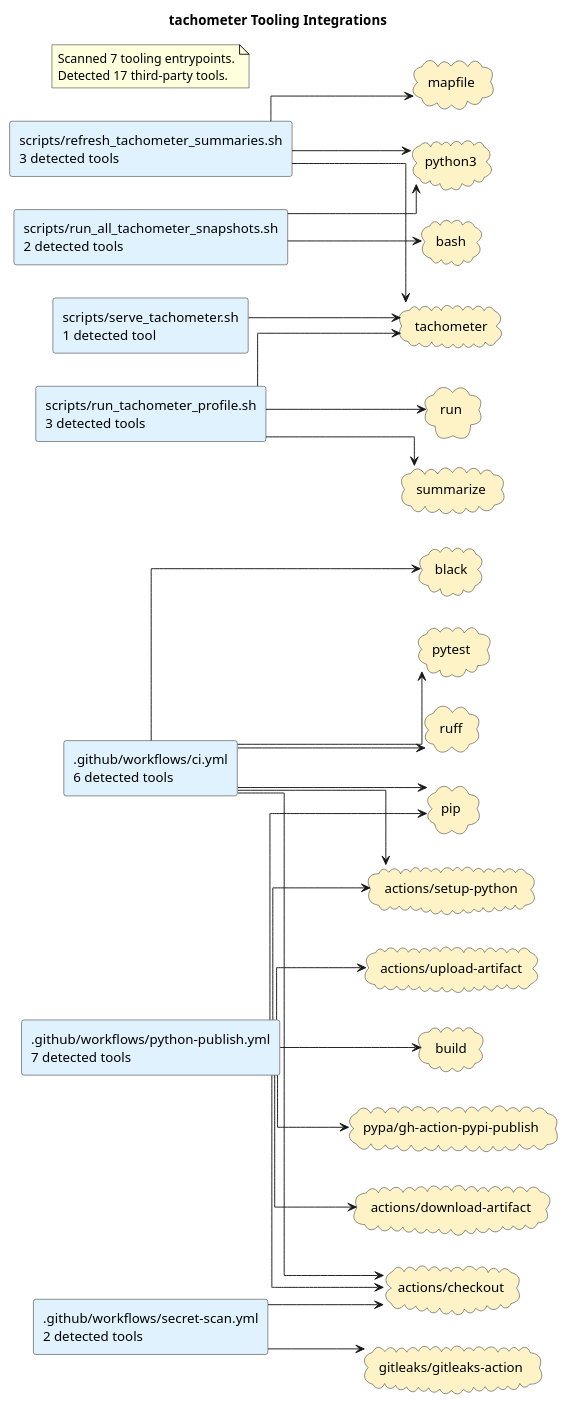
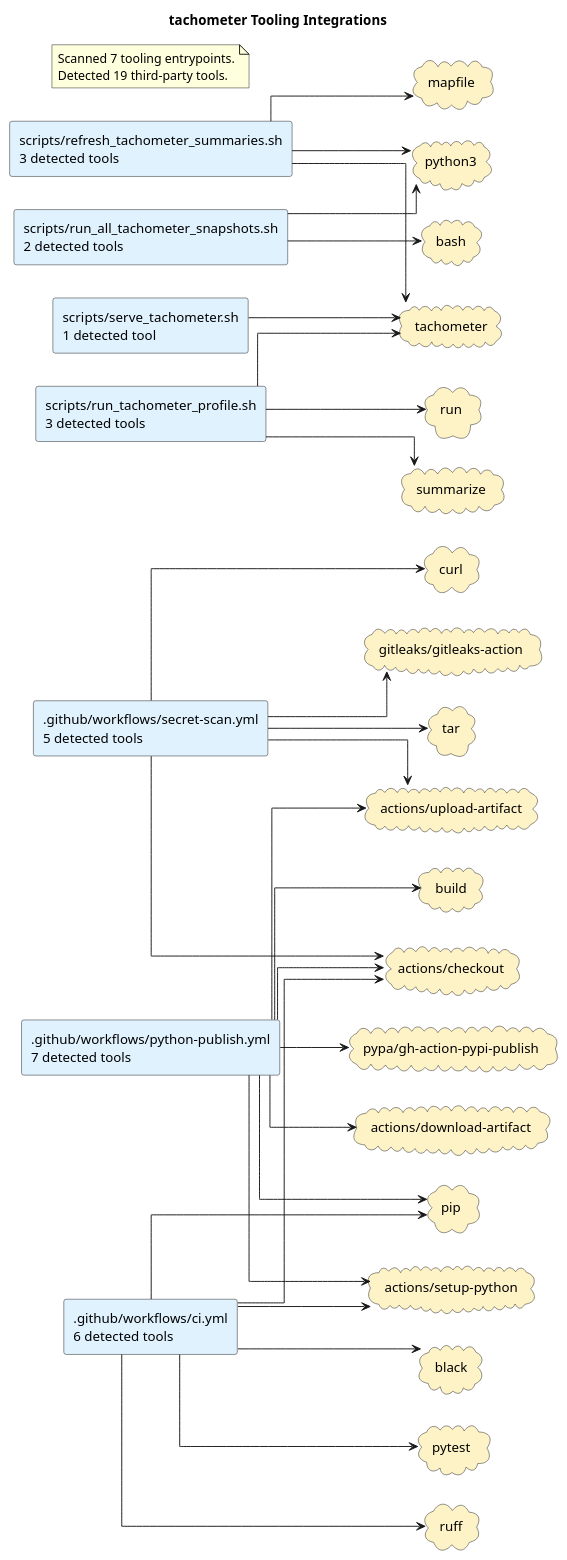
The diagram in docs/diagrams/tooling-integrations.puml (casonk/tachometer), drawn with PlantUML before and after one commit. The commit also changed 2 other files, not shown here.

Commit message:
docs(diagrams): regenerate archility architecture diagrams

```diff
--- a/docs/diagrams/tooling-integrations.puml
+++ b/docs/diagrams/tooling-integrations.puml
@@ -1,60 +1,65 @@
 @startuml
 title tachometer Tooling Integrations
 left to right direction
 skinparam shadowing false
 skinparam defaultFontName Monospace
 skinparam componentStyle rectangle
 skinparam linetype ortho
 rectangle ".github/workflows/ci.yml\n6 detected tools" as source_github_workflows_ci_yml #E0F2FE
 rectangle ".github/workflows/python-publish.yml\n7 detected tools" as source_github_workflows_python_publish_yml #E0F2FE
-rectangle ".github/workflows/secret-scan.yml\n2 detected tools" as source_github_workflows_secret_scan_yml #E0F2FE
+rectangle ".github/workflows/secret-scan.yml\n5 detected tools" as source_github_workflows_secret_scan_yml #E0F2FE
 rectangle "scripts/refresh_tachometer_summaries.sh\n3 detected tools" as source_scripts_refresh_tachometer_summaries_sh #E0F2FE
 rectangle "scripts/run_all_tachometer_snapshots.sh\n2 detected tools" as source_scripts_run_all_tachometer_snapshots_sh #E0F2FE
 rectangle "scripts/run_tachometer_profile.sh\n3 detected tools" as source_scripts_run_tachometer_profile_sh #E0F2FE
 rectangle "scripts/serve_tachometer.sh\n1 detected tool" as source_scripts_serve_tachometer_sh #E0F2FE
 cloud "actions/checkout" as tool_actions_checkout #FEF3C7
 cloud "actions/download-artifact" as tool_actions_download_artifact #FEF3C7
 cloud "actions/setup-python" as tool_actions_setup_python #FEF3C7
 cloud "actions/upload-artifact" as tool_actions_upload_artifact #FEF3C7
 cloud "bash" as tool_bash #FEF3C7
 cloud "black" as tool_black #FEF3C7
 cloud "build" as tool_build #FEF3C7
+cloud "curl" as tool_curl #FEF3C7
 cloud "gitleaks/gitleaks-action" as tool_gitleaks_gitleaks_action #FEF3C7
 cloud "mapfile" as tool_mapfile #FEF3C7
 cloud "pip" as tool_pip #FEF3C7
 cloud "pypa/gh-action-pypi-publish" as tool_pypa_gh_action_pypi_publish #FEF3C7
 cloud "pytest" as tool_pytest #FEF3C7
 cloud "python3" as tool_python3 #FEF3C7
 cloud "ruff" as tool_ruff #FEF3C7
 cloud "run" as tool_run #FEF3C7
 cloud "summarize" as tool_summarize #FEF3C7
 cloud "tachometer" as tool_tachometer #FEF3C7
+cloud "tar" as tool_tar #FEF3C7
 source_github_workflows_ci_yml --> tool_actions_checkout
 source_github_workflows_ci_yml --> tool_actions_setup_python
 source_github_workflows_ci_yml --> tool_black
 source_github_workflows_ci_yml --> tool_pip
 source_github_workflows_ci_yml --> tool_pytest
 source_github_workflows_ci_yml --> tool_ruff
 source_github_workflows_python_publish_yml --> tool_actions_checkout
 source_github_workflows_python_publish_yml --> tool_actions_download_artifact
 source_github_workflows_python_publish_yml --> tool_actions_setup_python
 source_github_workflows_python_publish_yml --> tool_actions_upload_artifact
 source_github_workflows_python_publish_yml --> tool_build
 source_github_workflows_python_publish_yml --> tool_pip
 source_github_workflows_python_publish_yml --> tool_pypa_gh_action_pypi_publish
 source_github_workflows_secret_scan_yml --> tool_actions_checkout
+source_github_workflows_secret_scan_yml --> tool_actions_upload_artifact
+source_github_workflows_secret_scan_yml --> tool_curl
 source_github_workflows_secret_scan_yml --> tool_gitleaks_gitleaks_action
+source_github_workflows_secret_scan_yml --> tool_tar
 source_scripts_refresh_tachometer_summaries_sh --> tool_mapfile
 source_scripts_refresh_tachometer_summaries_sh --> tool_python3
 source_scripts_refresh_tachometer_summaries_sh --> tool_tachometer
 source_scripts_run_all_tachometer_snapshots_sh --> tool_bash
 source_scripts_run_all_tachometer_snapshots_sh --> tool_python3
 source_scripts_run_tachometer_profile_sh --> tool_run
 source_scripts_run_tachometer_profile_sh --> tool_summarize
 source_scripts_run_tachometer_profile_sh --> tool_tachometer
 source_scripts_serve_tachometer_sh --> tool_tachometer
 note as toolingGraphSummary
 Scanned 7 tooling entrypoints.
-Detected 17 third-party tools.
+Detected 19 third-party tools.
 end note
 @enduml
```
